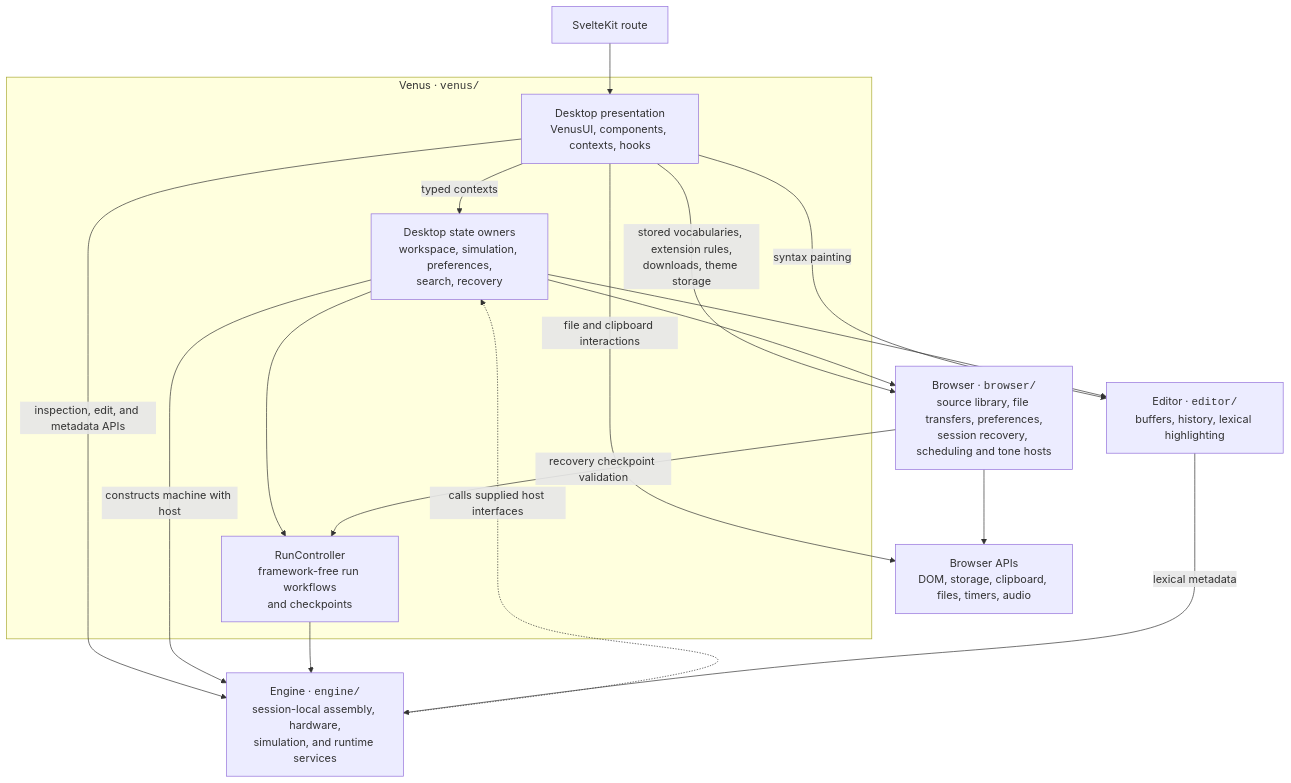
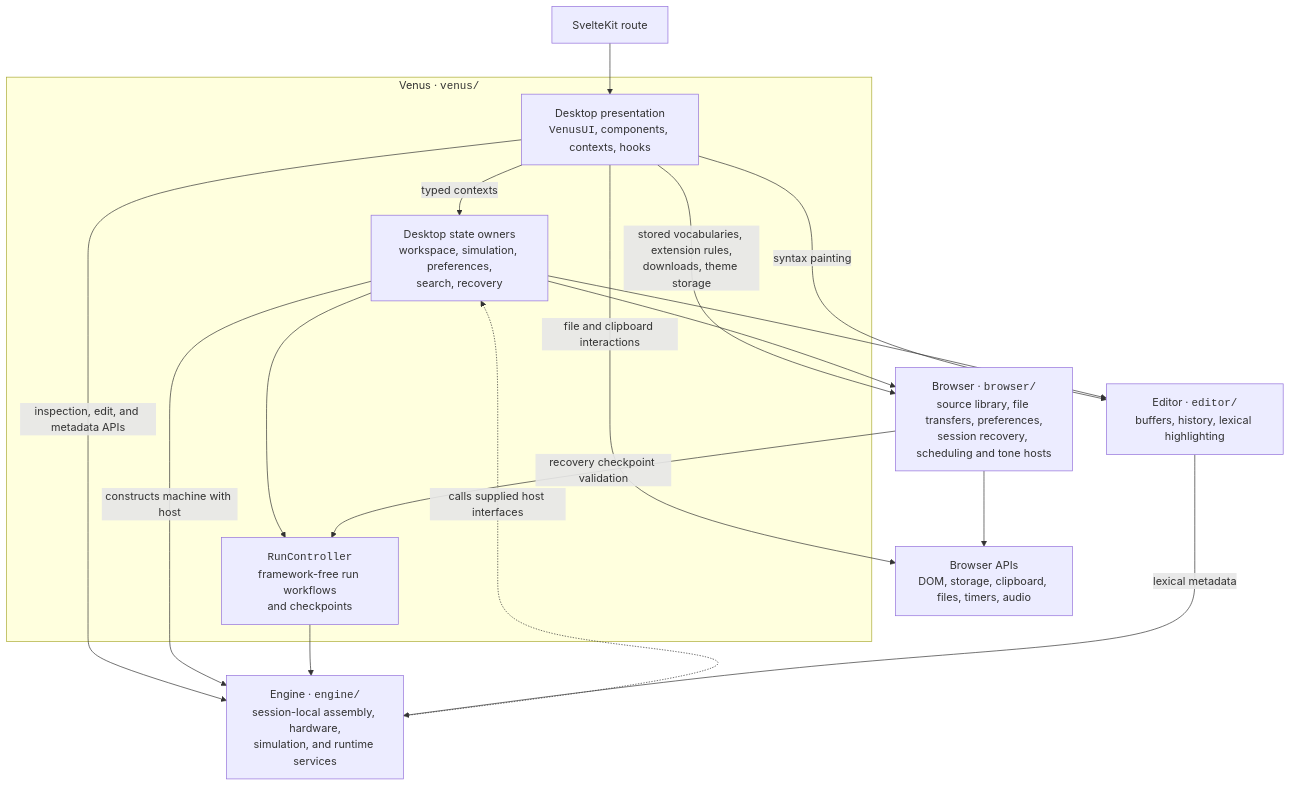
One commit to awpala/MARS-ts changed the diagram in src/lib/README.md. Above: the diagram before and after it, drawn with Mermaid. The commit also changed 9 other files, not shown here.

Commit message:
chore: add code/monospace formatting to diagram blocks

````diff
--- a/src/lib/README.md
+++ b/src/lib/README.md
@@ -13,31 +13,31 @@
 ```mermaid
 flowchart TB
     Route["SvelteKit route"]
     Platform["Browser APIs<br/>DOM, storage, clipboard, files, timers, audio"]
 
     subgraph VenusModule["Venus · <code>venus/</code>"]
-        Views["Desktop presentation<br/>VenusUI, components, contexts, hooks"]
+        Views["Desktop presentation<br/><code>VenusUI</code>, components, contexts, hooks"]
         State["Desktop state owners<br/>workspace, simulation, preferences,<br/>search, recovery"]
-        Controller["RunController<br/>framework-free run workflows<br/>and checkpoints"]
+        Controller["<code>RunController</code><br/>framework-free run workflows<br/>and checkpoints"]
         Views -->|typed contexts| State
         State --> Controller
     end
 
     Editor["Editor · <code>editor/</code><br/>buffers, history, lexical highlighting"]
     Browser["Browser · <code>browser/</code><br/>source library, file transfers, preferences,<br/>session recovery, scheduling and tone hosts"]
     Engine["Engine · <code>engine/</code><br/>session-local assembly, hardware,<br/>simulation, and runtime services"]
 
     Route --> Views
     Views -->|syntax painting| Editor
     Views -->|stored vocabularies, extension rules,<br/>downloads, theme storage| Browser
     Views -->|file and clipboard interactions| Platform
     Views -->|inspection, edit, and metadata APIs| Engine
     State --> Editor
     State --> Browser
     State -->|constructs machine with host| Engine
     Controller --> Engine
     Editor -->|lexical metadata| Engine
     Browser --> Platform
     Browser -->|recovery checkpoint validation| Controller
     Engine -.->|calls supplied host interfaces| State
 ```
````
